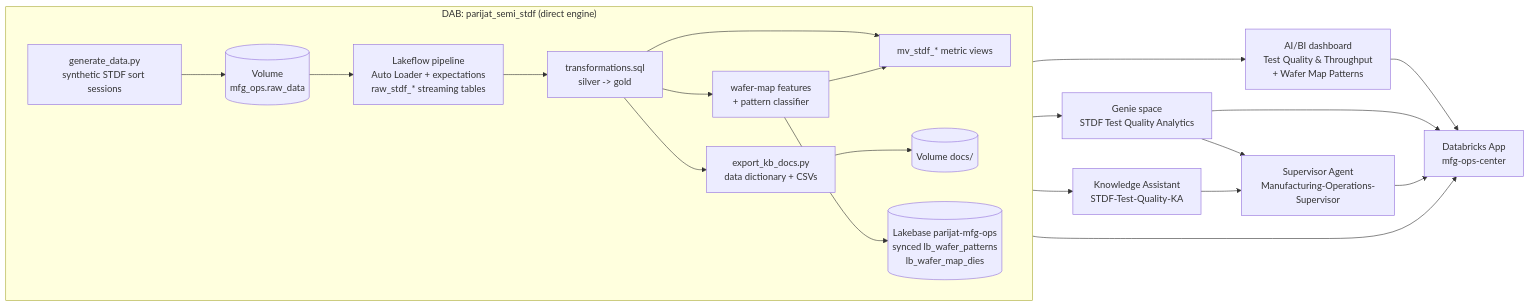
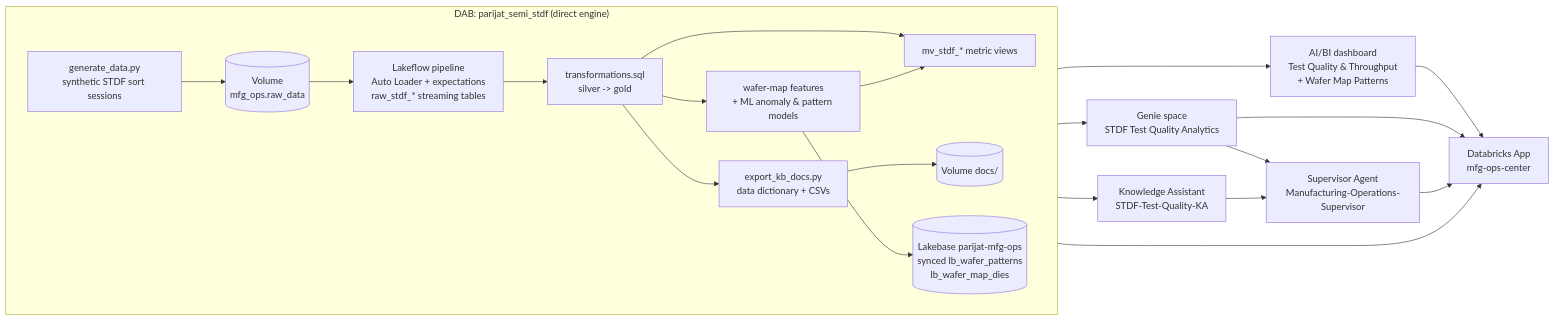
One commit to parijatbhi-db/manufacturing-operations-center changed the diagram in docs/DESIGN.md. Above: the diagram before and after it, drawn with Mermaid. The commit also changed other lines of this file and 15 other files, not shown here.

First line of the commit message:
Replace rule-based wafer classifier with ML anomaly detector and pattern classifier

````diff
--- a/docs/DESIGN.md
+++ b/docs/DESIGN.md
@@ -54,24 +54,24 @@
 ```mermaid
 flowchart LR
   subgraph Bundle["DAB: parijat_semi_stdf (direct engine)"]
     direction LR
     G[generate_data.py<br/>synthetic STDF sort sessions] --> V[(Volume<br/>mfg_ops.raw_data)]
     V --> R[Lakeflow pipeline<br/>Auto Loader + expectations<br/>raw_stdf_* streaming tables]
     R --> S[transformations.sql<br/>silver -> gold]
-    S --> W[wafer-map features<br/>+ pattern classifier]
+    S --> W[wafer-map features<br/>+ ML anomaly & pattern models]
     S --> MV[mv_stdf_* metric views]
     W --> MV
     S --> E[export_kb_docs.py<br/>data dictionary + CSVs]
     E --> D[(Volume docs/)]
     W --> LB[(Lakebase parijat-mfg-ops<br/>synced lb_wafer_patterns<br/>lb_wafer_map_dies)]
   end
   LB --> APP
   MV --> GEN[Genie space<br/>STDF Test Quality Analytics]
   S --> DASH[AI/BI dashboard<br/>Test Quality & Throughput<br/>+ Wafer Map Patterns]
   D --> KA[Knowledge Assistant<br/>STDF-Test-Quality-KA]
   GEN --> MAS[Supervisor Agent<br/>Manufacturing-Operations-Supervisor]
   KA --> MAS
   DASH --> APP[Databricks App<br/>mfg-ops-center]
   GEN --> APP
   MAS --> APP
 ```
````
